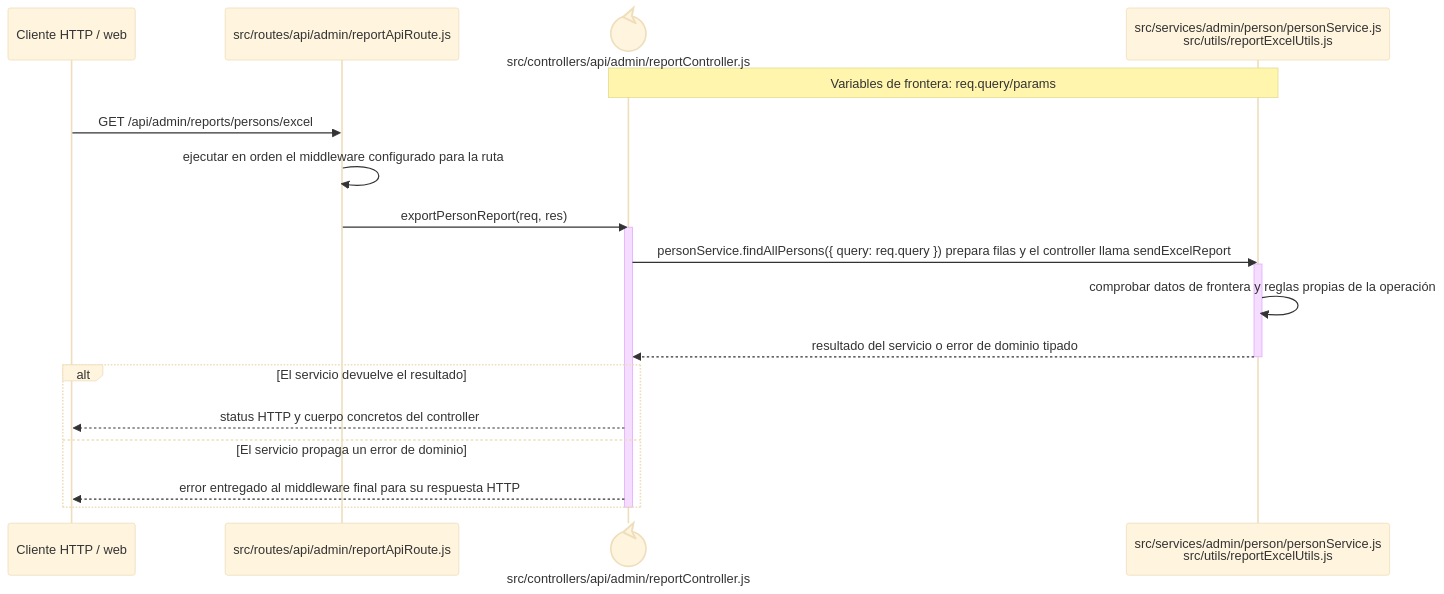
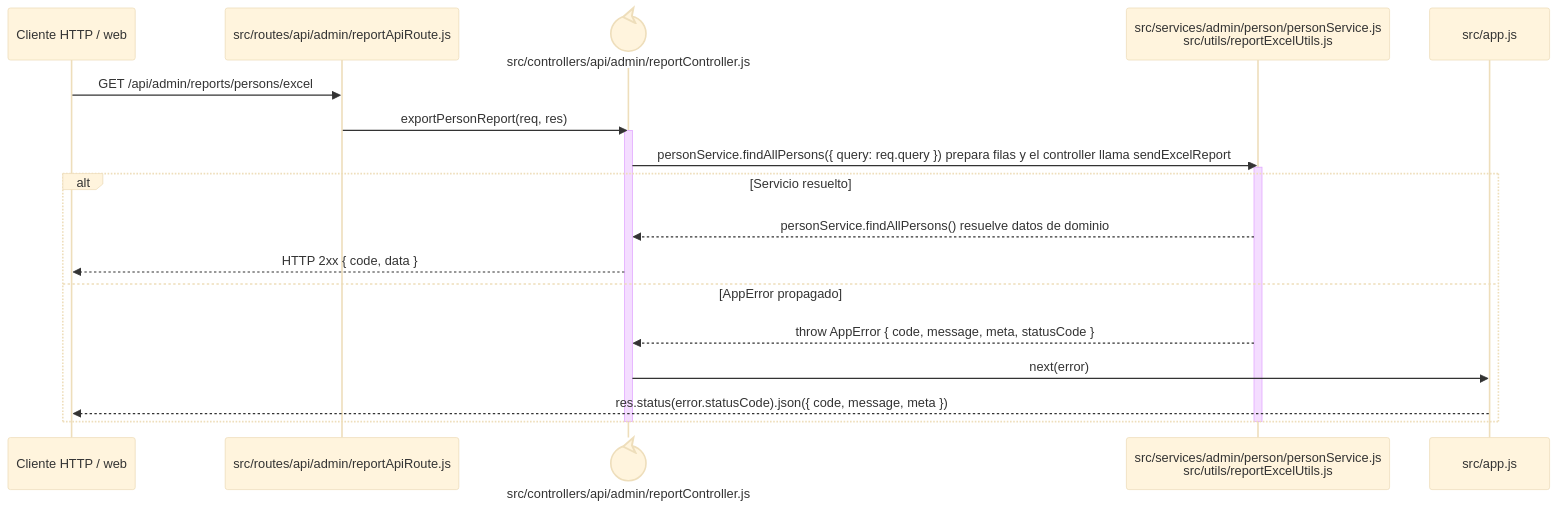
The diagram in docs/architecture/backend-code-sequences/identity-access/cu-ida-04.md (gpgsistemas01/nexus), drawn with Mermaid (base theme) before and after one commit. The commit also changed 148 other files, not shown here.

````diff
--- a/docs/architecture/backend-code-sequences/identity-access/cu-ida-04.md
+++ b/docs/architecture/backend-code-sequences/identity-access/cu-ida-04.md
@@ -6,24 +6,24 @@
 ```mermaid
 sequenceDiagram
     participant Client as Cliente HTTP / web
     participant Route as src/routes/api/admin/reportApiRoute.js
     participant Controller@{ "type": "control" } as src/controllers/api/admin/reportController.js
     participant Domain as src/services/admin/person/personService.js<br/>src/utils/reportExcelUtils.js
-    Note over Controller,Domain: Variables de frontera: req.query/params
+    participant ErrorHandler as src/app.js
 
     Client->>Route: GET /api/admin/reports/persons/excel
-    Route->>Route: ejecutar en orden el middleware configurado para la ruta
     Route->>Controller: exportPersonReport(req, res)
     activate Controller
     Controller->>Domain: personService.findAllPersons({ query: req.query }) prepara filas y el controller llama sendExcelReport
     activate Domain
-    Domain->>Domain: comprobar datos de frontera y reglas propias de la operación
-    Domain-->>Controller: resultado del servicio o error de dominio tipado
+    alt Servicio resuelto
+        Domain-->>Controller: personService.findAllPersons() resuelve datos de dominio
+        Controller-->>Client: HTTP 2xx { code, data }
+    else AppError propagado
+        Domain-->>Controller: throw AppError { code, message, meta, statusCode }
+        Controller->>ErrorHandler: next(error)
+        ErrorHandler-->>Client: res.status(error.statusCode).json({ code, message, meta })
+    end
     deactivate Domain
-    alt El servicio devuelve el resultado
-        Controller-->>Client: status HTTP y cuerpo concretos del controller
-    else El servicio propaga un error de dominio
-        Controller-->>Client: error entregado al middleware final para su respuesta HTTP
-    end
     deactivate Controller
 ```
````
